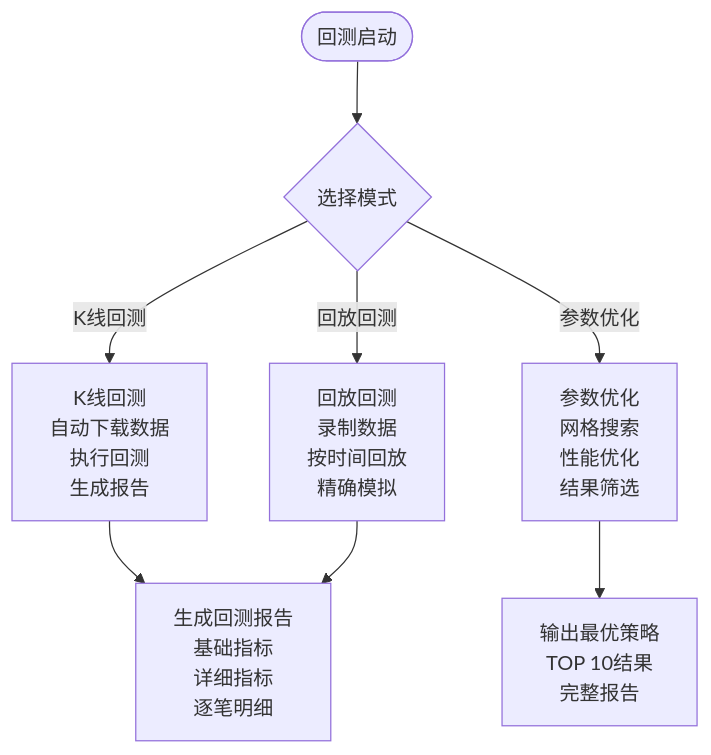
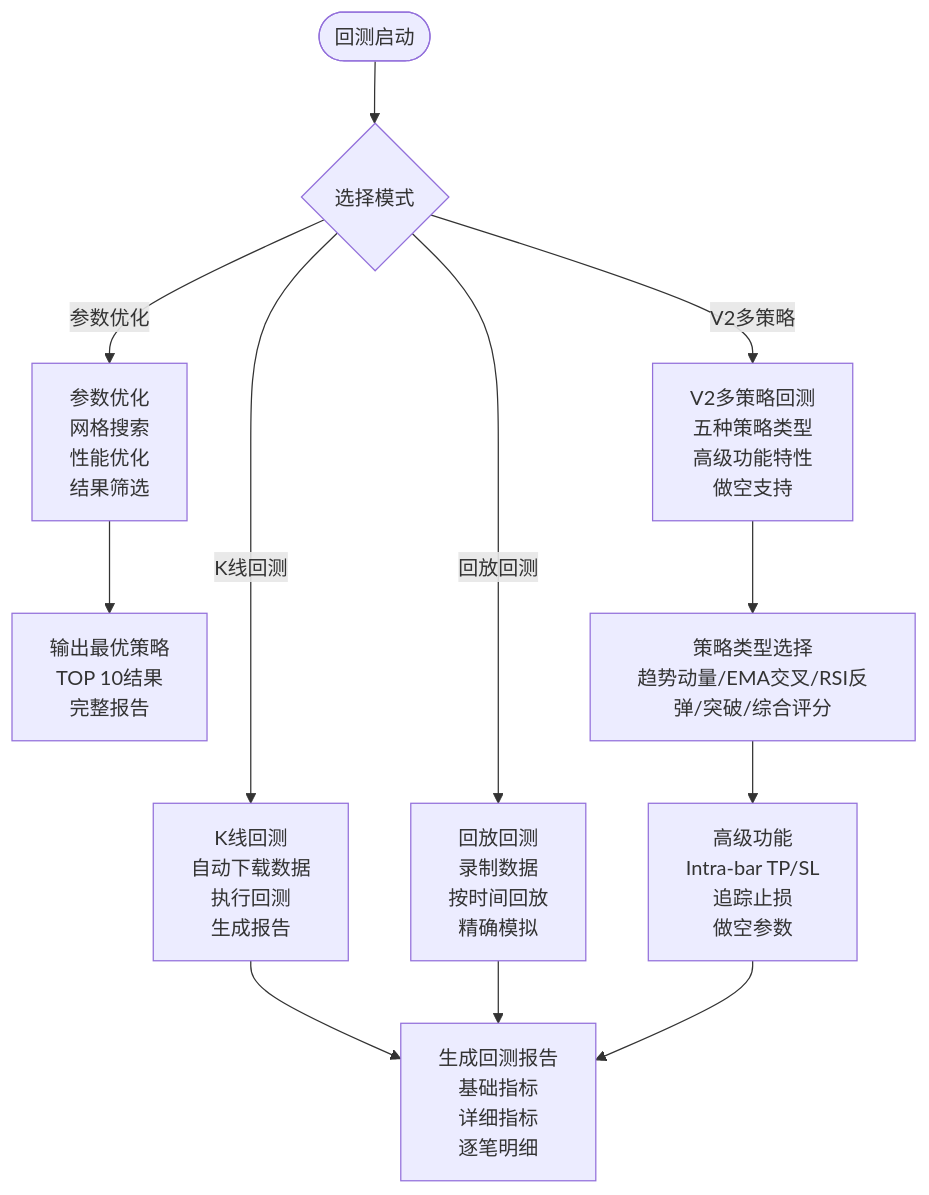
Before and after one commit to Heres1/binanceWebsocket: the fourth of 6 diagrams in .qoder/repowiki/zh/content/部署运维/部署配置.md, drawn with Mermaid. The commit also changed other lines of this file and 10 other files, not shown here.

````diff
--- a/.qoder/repowiki/zh/content/部署运维/部署配置.md
+++ b/.qoder/repowiki/zh/content/部署运维/部署配置.md
@@ -244,10 +271,14 @@
 ```mermaid
 flowchart TD
 Start(["回测启动"]) --> Mode{"选择模式"}
 Mode --> |K线回测| Kline["K线回测<br/>自动下载数据<br/>执行回测<br/>生成报告"]
 Mode --> |参数优化| Optimize["参数优化<br/>网格搜索<br/>性能优化<br/>结果筛选"]
 Mode --> |回放回测| Replay["回放回测<br/>录制数据<br/>按时间回放<br/>精确模拟"]
+Mode --> |V2多策略| V2["V2多策略回测<br/>五种策略类型<br/>高级功能特性<br/>做空支持"]
 Kline --> Report["生成回测报告<br/>基础指标<br/>详细指标<br/>逐笔明细"]
 Optimize --> Best["输出最优策略<br/>TOP 10结果<br/>完整报告"]
 Replay --> Report
+V2 --> StrategyTypes["策略类型选择<br/>趋势动量/EMA交叉/RSI反弹/突破/综合评分"]
+StrategyTypes --> Advanced["高级功能<br/>Intra-bar TP/SL<br/>追踪止损<br/>做空参数"]
+Advanced --> Report
 ```
````
